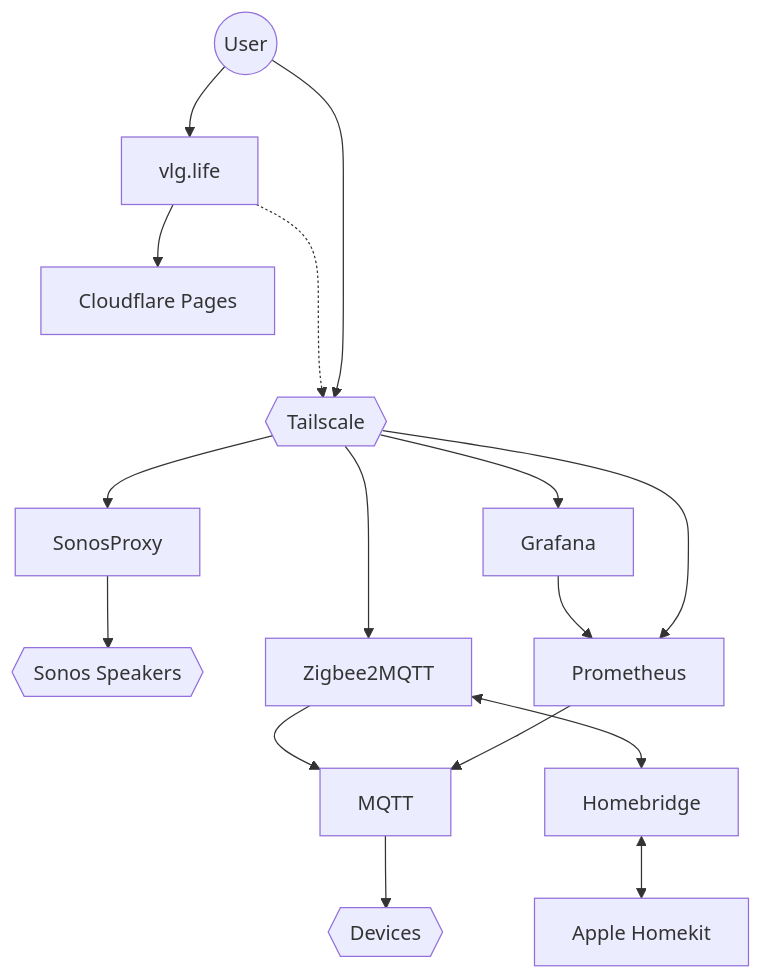
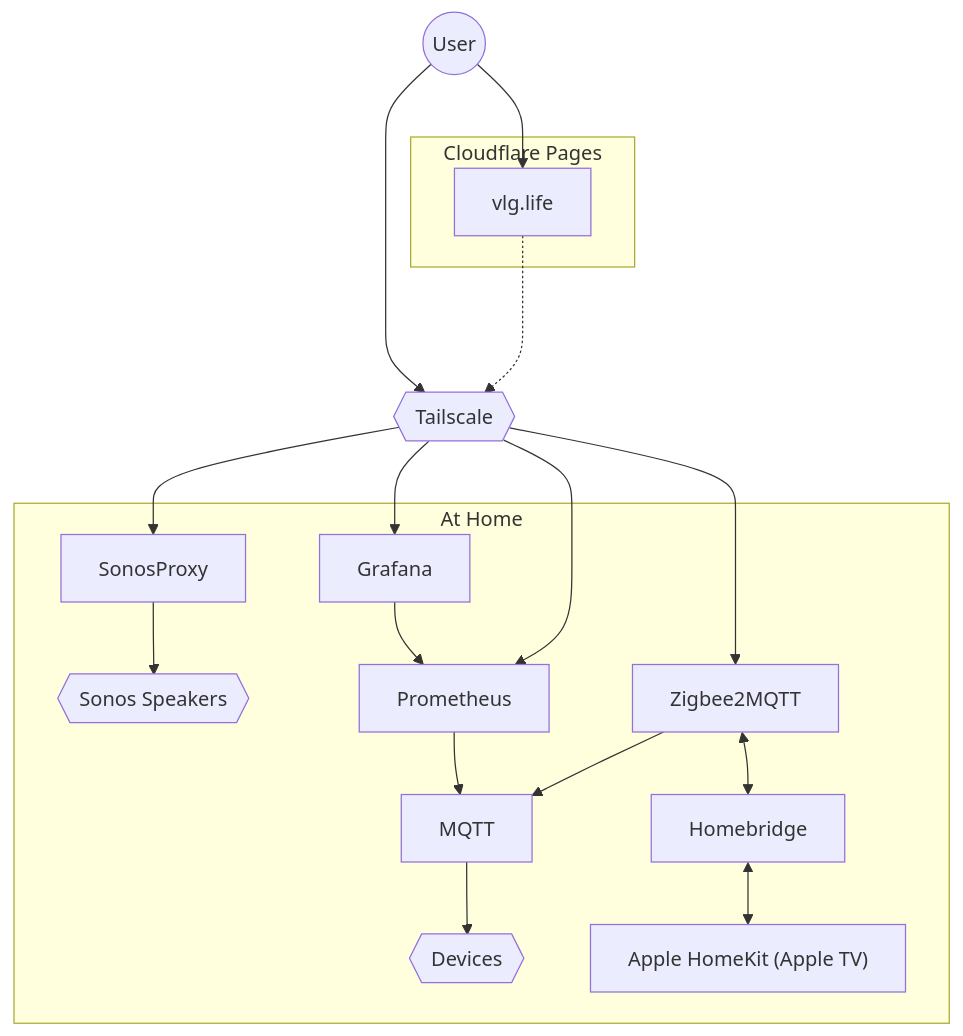
One commit to volundsgatan/VLG changed the diagram in README_VLG.md. Above: the diagram before and after it, drawn with Mermaid.

````diff
--- a/README_VLG.md
+++ b/README_VLG.md
@@ -22,11 +22,30 @@
 ```mermaid
 flowchart TD
-    User((User)) --> VLG[vlg.life] --> CF[Cloudflare Pages]
+
+    User((User))
+    TS{{Tailscale}}
+
+    User --> TS
+
+    subgraph cf[Cloudflare Pages]
+        VLG[vlg.life]
+    end
+    
+
+    subgraph home[At Home]
+        SonosProxy --> Sonos{{Sonos Speakers}}
+        Z2M[Zigbee2MQTT] --> MQTT --> Devices{{Devices}}
+        Z2M <--> Homebridge <--> Homekit["Apple HomeKit (Apple TV)"]
+        Grafana --> Prometheus
+        Prometheus --> MQTT
+    end
+
+
+    User --> VLG[vlg.life]
     VLG -..-> TS
-    User --> TS{{Tailscale}} --> SonosProxy --> Sonos{{Sonos Speakers}}
-    TS --> Z2M[Zigbee2MQTT] --> MQTT --> Devices{{Devices}}
-    Z2M <--> Homebridge <--> Homekit[Apple Homekit]
-    TS --> Grafana --> Prometheus
+    TS --> SonosProxy
+    TS --> Grafana
     TS --> Prometheus
-    Prometheus --> MQTT
+    TS --> Z2M
+
 ```
````
